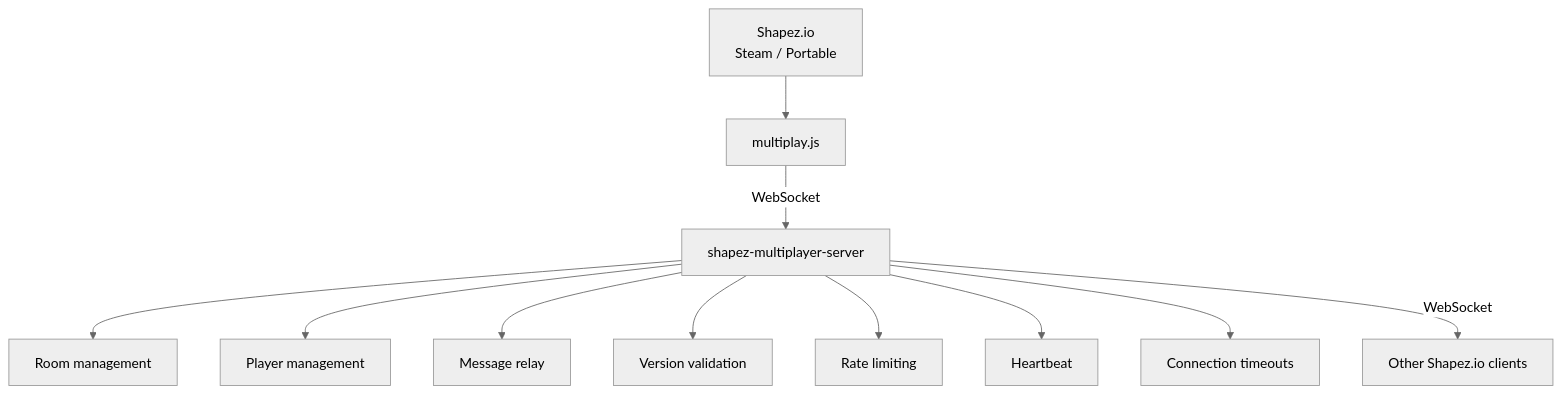
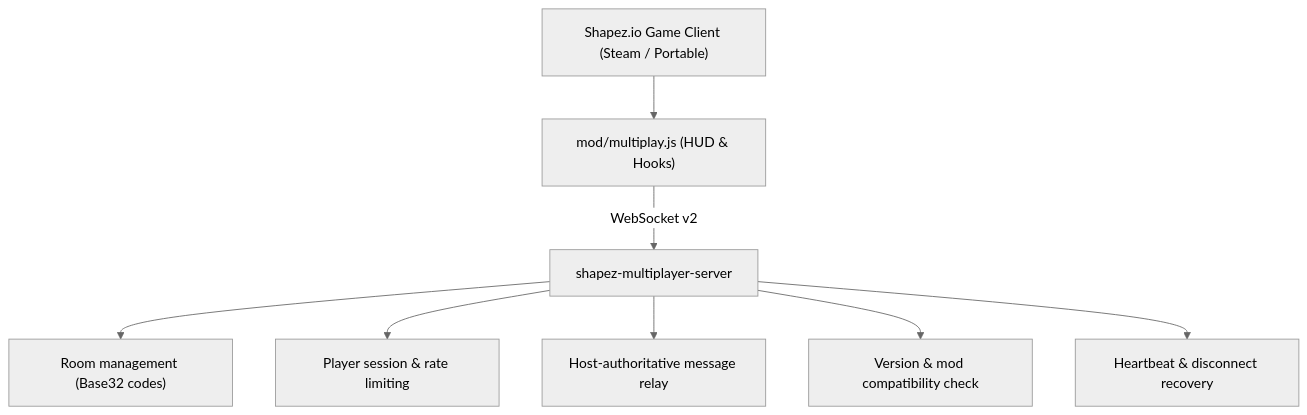
Before and after one commit to QXIKmIJ/shapez-multiplayer: the diagram in README.md, drawn with Mermaid (neutral theme). The commit also changed other lines of this file and 8 other files, not shown here.

Commit message:
feat: add one-click mod installer, server launcher, Apache 2.0 license, and cross-device quickstart guide

````diff
--- a/README.md
+++ b/README.md
@@ -49,15 +81,11 @@
 ```mermaid
 flowchart TD
-    A["Shapez.io<br/>Steam / Portable"] --> B["multiplay.js"]
-    B -->|WebSocket| C["shapez-multiplayer-server"]
+    A["Shapez.io Game Client (Steam / Portable)"] --> B["mod/multiplay.js (HUD & Hooks)"]
+    B -->|WebSocket v2| C["shapez-multiplayer-server"]
 
-    C --> D["Room management"]
-    C --> E["Player management"]
-    C --> F["Message relay"]
-    C --> G["Version validation"]
-    C --> H["Rate limiting"]
-    C --> I["Heartbeat"]
-    C --> J["Connection timeouts"]
-
-    C -->|WebSocket| K["Other Shapez.io clients"]
+    C --> D["Room management (Base32 codes)"]
+    C --> E["Player session & rate limiting"]
+    C --> F["Host-authoritative message relay"]
+    C --> G["Version & mod compatibility check"]
+    C --> H["Heartbeat & disconnect recovery"]
 ```
````
